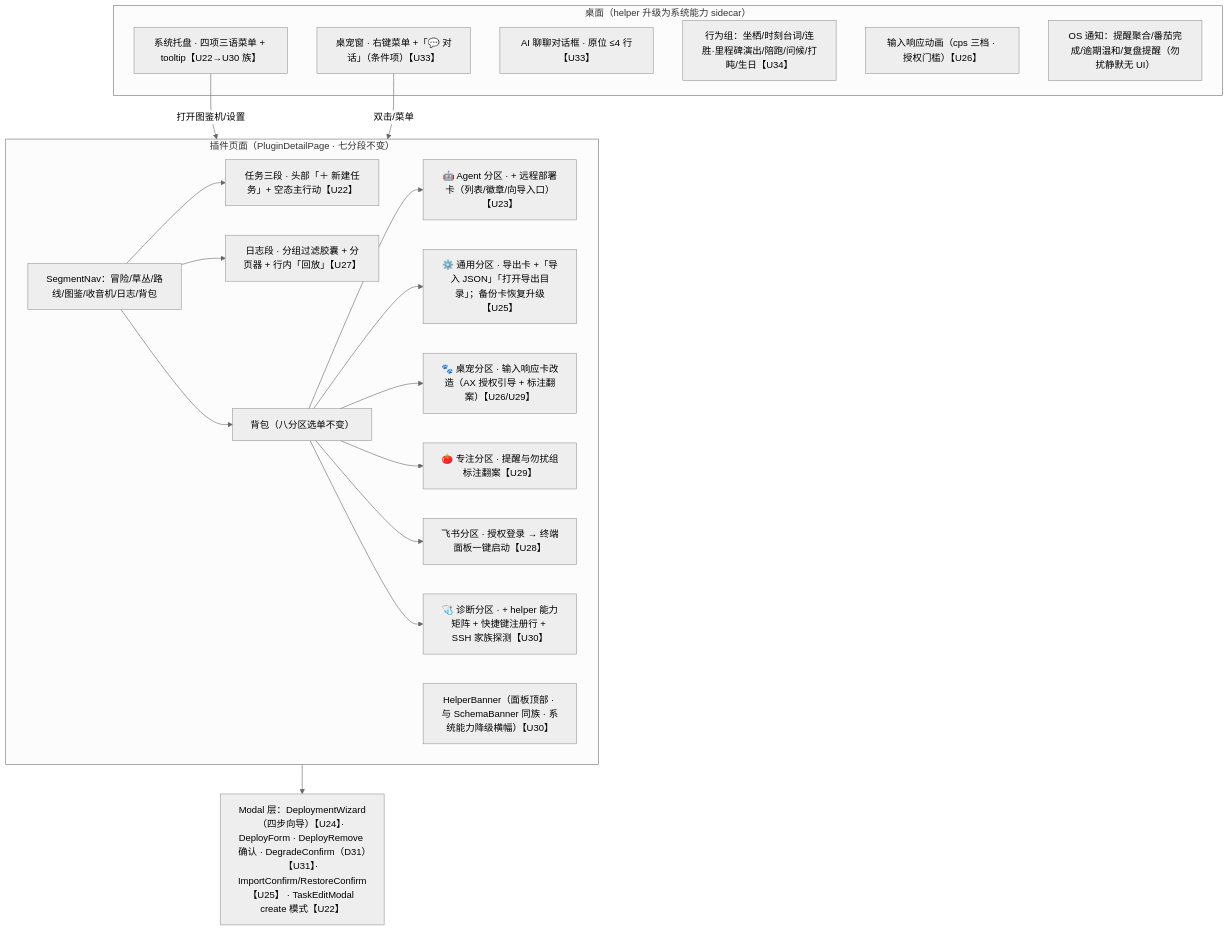
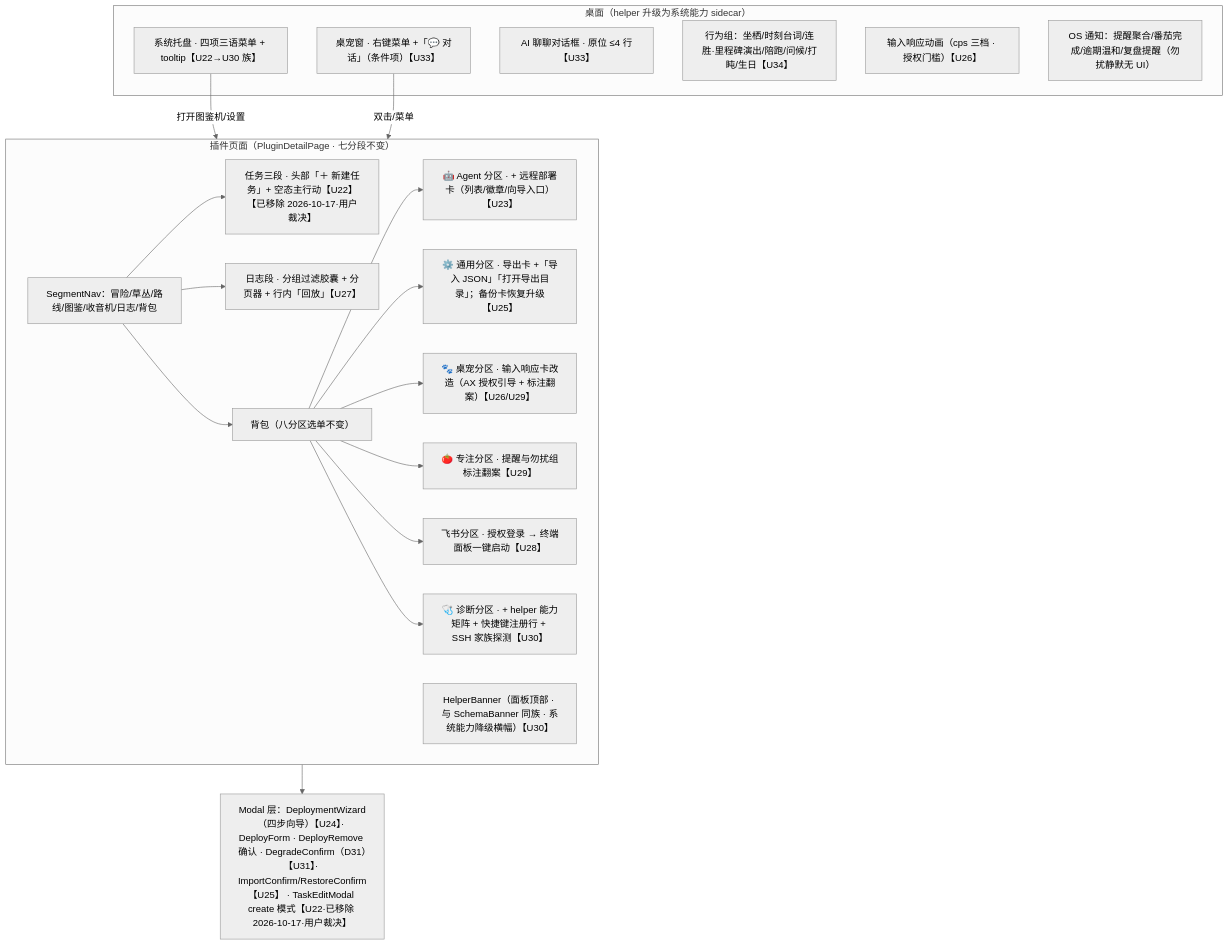
Before and after one commit to Jo0OCTsai/pokemon-choose-you: the first of 2 diagrams in specs/dsh-plugin-full-parity/uiux-design.md, drawn with Mermaid (neutral theme). The commit also changed other lines of this file and 33 other files, not shown here.

````diff
--- a/specs/dsh-plugin-full-parity/uiux-design.md
+++ b/specs/dsh-plugin-full-parity/uiux-design.md
@@ -241,28 +241,28 @@
 ```mermaid
 flowchart TD
     subgraph PANEL["插件页面（PluginDetailPage · 七分段不变）"]
         SEG["SegmentNav：冒险/草丛/路线/图鉴/收音机/日志/背包"]
-        SEG --> T1["任务三段 · 头部「＋ 新建任务」+ 空态主行动【U22】"]
+        SEG --> T1["任务三段 · 头部「＋ 新建任务」+ 空态主行动【U22】【已移除 2026-10-17·用户裁决】"]
         SEG --> LOG["日志段 · 分组过滤胶囊 + 分页器 + 行内「回放」【U27】"]
         SEG --> BP["背包（八分区选单不变）"]
         BP --> AG["🤖 Agent 分区 · + 远程部署卡（列表/徽章/向导入口）【U23】"]
         BP --> GN["⚙️ 通用分区 · 导出卡 +「导入 JSON」「打开导出目录」；备份卡恢复升级【U25】"]
         BP --> PT["🐾 桌宠分区 · 输入响应卡改造（AX 授权引导 + 标注翻案）【U26/U29】"]
         BP --> FO["🍅 专注分区 · 提醒与勿扰组标注翻案【U29】"]
         BP --> FE["飞书分区 · 授权登录 → 终端面板一键启动【U28】"]
         BP --> DG["🩺 诊断分区 · + helper 能力矩阵 + 快捷键注册行 + SSH 家族探测【U30】"]
         BANNER["HelperBanner（面板顶部 · 与 SchemaBanner 同族 · 系统能力降级横幅）【U30】"]
     end
     subgraph HELPER["桌面（helper 升级为系统能力 sidecar）"]
         TRAY["系统托盘 · 四项三语菜单 + tooltip【U22→U30 族】"]
         PET["桌宠窗 · 右键菜单 +「💬 对话」（条件项）【U33】"]
         CHAT["AI 聊聊对话框 · 原位 ≤4 行【U33】"]
         BEH["行为组：坐栖/时刻台词/连胜·里程碑演出/陪跑/问候/打盹/生日【U34】"]
         IR["输入响应动画（cps 三档 · 授权门槛）【U26】"]
         NOTIF["OS 通知：提醒聚合/番茄完成/逾期温和/复盘提醒（勿扰静默无 UI）"]
     end
-    MODAL["Modal 层：DeploymentWizard（四步向导）【U24】· DeployForm · DeployRemove 确认 · DegradeConfirm（D31）【U31】· ImportConfirm/RestoreConfirm【U25】 · TaskEditModal create 模式【U22】"]
+    MODAL["Modal 层：DeploymentWizard（四步向导）【U24】· DeployForm · DeployRemove 确认 · DegradeConfirm（D31）【U31】· ImportConfirm/RestoreConfirm【U25】 · TaskEditModal create 模式【U22·已移除 2026-10-17·用户裁决】"]
     PANEL --> MODAL
     TRAY -->|"打开图鉴机/设置"| PANEL
     PET -->|"双击/菜单"| PANEL
 ```
````
